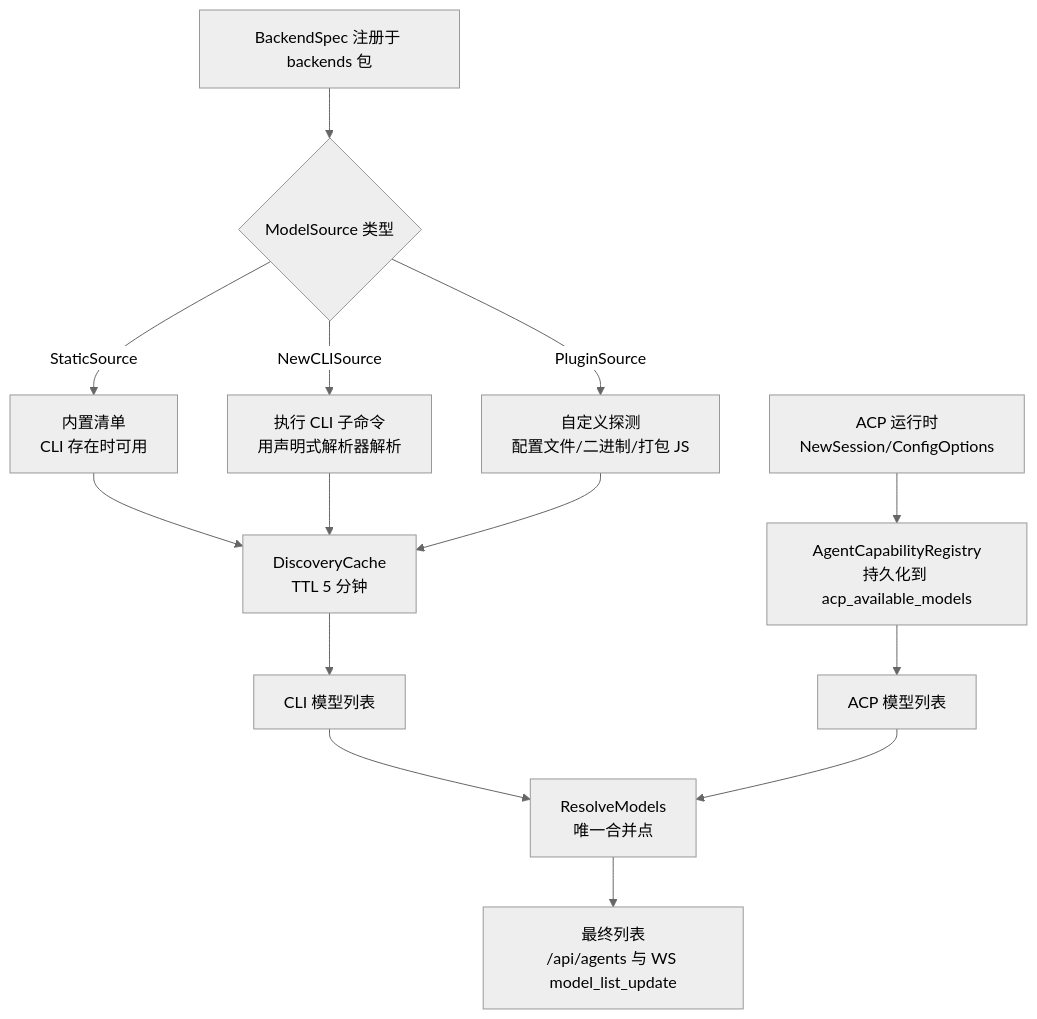
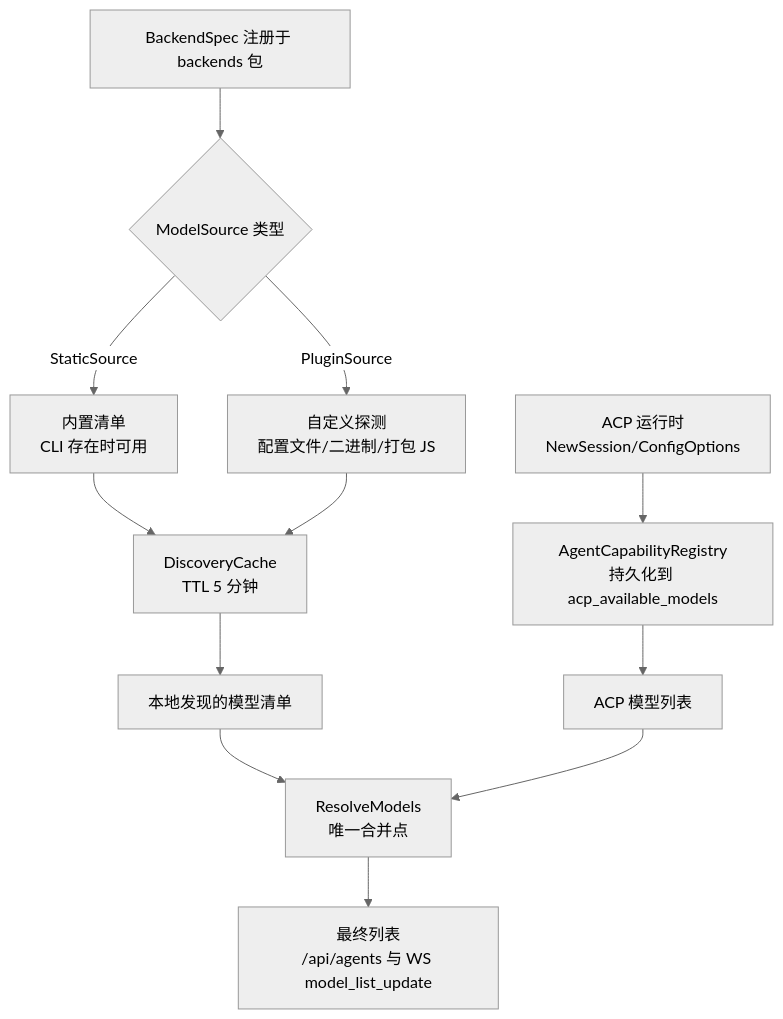
Before and after one commit to clawbench-dev/clawbench: the second of 2 diagrams in docs/spec/infra/config-and-discovery.md, drawn with Mermaid (neutral theme). The commit also changed other lines of this file and 99 other files, not shown here.

````diff
--- a/docs/spec/infra/config-and-discovery.md
+++ b/docs/spec/infra/config-and-discovery.md
@@ -44,16 +44,14 @@
 ```mermaid
 flowchart TD
     A[BackendSpec 注册于 backends 包] --> B{ModelSource 类型}
     B -->|StaticSource| C[内置清单<br/>CLI 存在时可用]
-    B -->|NewCLISource| D[执行 CLI 子命令<br/>用声明式解析器解析]
     B -->|PluginSource| E[自定义探测<br/>配置文件/二进制/打包 JS]
     C --> F[DiscoveryCache<br/>TTL 5 分钟]
-    D --> F
     E --> F
-    F --> G[CLI 模型列表]
+    F --> G[本地发现的模型清单]
     H[ACP 运行时<br/>NewSession/ConfigOptions] --> I[AgentCapabilityRegistry<br/>持久化到 acp_available_models]
     I --> J[ACP 模型列表]
     G --> K[ResolveModels<br/>唯一合并点]
     J --> K
     K --> L[最终列表<br/>/api/agents 与 WS model_list_update]
 ```
````
